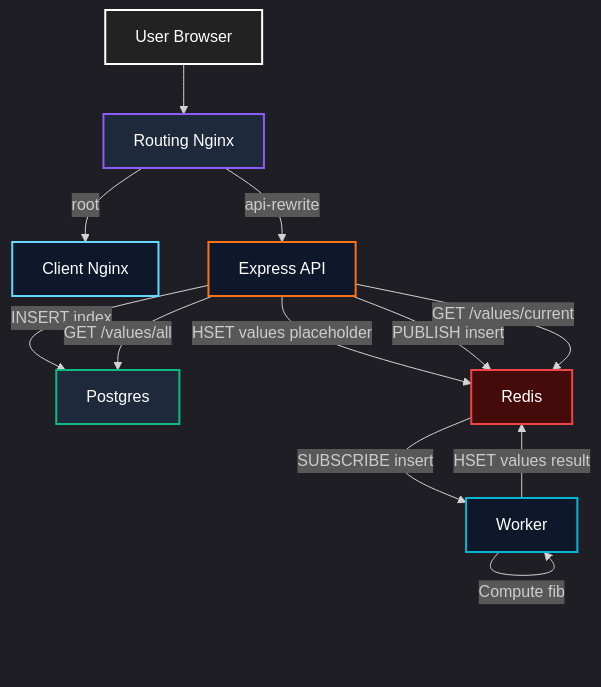
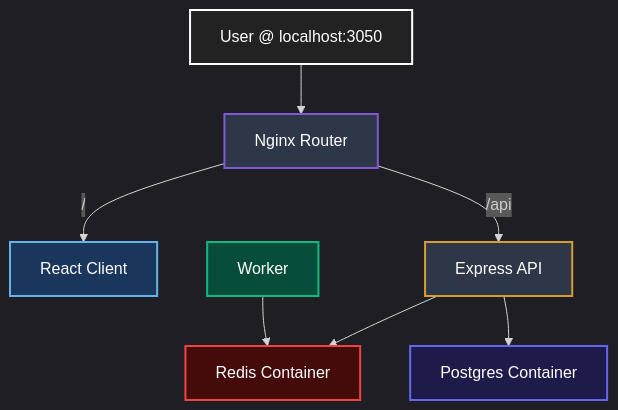
One commit to vikas9dev/multi-container-compute-hub changed the first of 3 diagrams in ARCHITECTURE.md. Above: the diagram before and after it, drawn with Mermaid. The commit also changed other lines of this file and 1 other file, not shown here.

````diff
--- a/ARCHITECTURE.md
+++ b/ARCHITECTURE.md
@@ -19,27 +17,18 @@
 ```mermaid
-%%{init: {'theme': 'dark'}}%%
+%%{init: {'theme': 'dark', 'themeVariables': { 'primaryColor': '#38a89d'}}}%%
 graph TD
-    U[User Browser] --> RN[Routing Nginx]
+    User[User @ localhost:3050] --> Nginx[Nginx Router]
+    Nginx -->|/| React[React Client]
+    Nginx -->|/api| API[Express API]
+    API --> Redis[Redis Container]
+    API --> DB[Postgres Container]
+    Worker[Worker] --> Redis
 
-    RN -->|root| CN[Client Nginx]
-    RN -->|api-rewrite| API[Express API]
-
-    API -->|INSERT index| PG[Postgres]
-    API -->|HSET values placeholder| R[Redis]
-    API -->|PUBLISH insert| R
-
-    R -->|SUBSCRIBE insert| W[Worker]
-    W -->|Compute fib| W
-    W -->|HSET values result| R
-
-    API -->|GET /values/current| R
-    API -->|GET /values/all| PG
-
-    style U fill:#222,stroke:#fff,stroke-width:2px,color:#fff
-    style RN fill:#1e293b,stroke:#8b5cf6,stroke-width:2px,color:#fff
-    style CN fill:#0f172a,stroke:#61dafb,stroke-width:2px,color:#fff
-    style API fill:#0f172a,stroke:#f97316,stroke-width:2px,color:#fff
-    style PG fill:#1e293b,stroke:#10b981,stroke-width:2px,color:#fff
-    style R fill:#450a0a,stroke:#ef4444,stroke-width:2px,color:#fff
-    style W fill:#0f172a,stroke:#06b6d4,stroke-width:2px,color:#fff
+    style User fill:#222,stroke:#fff,stroke-width:2px,color:#fff
+    style Nginx fill:#2d3748,stroke:#805ad5,stroke-width:2px,color:#fff
+    style React fill:#1a365d,stroke:#63b3ed,stroke-width:2px,color:#fff
+    style API fill:#2d3748,stroke:#d69e2e,stroke-width:2px,color:#fff
+    style Redis fill:#450a0a,stroke:#ef4444,stroke-width:2px,color:#fff
+    style DB fill:#1e1b4b,stroke:#6366f1,stroke-width:2px,color:#fff
+    style Worker fill:#064e3b,stroke:#10b981,stroke-width:2px,color:#fff
 ```
````
